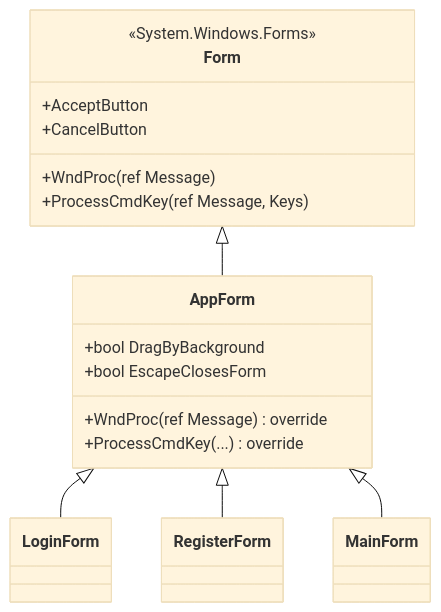
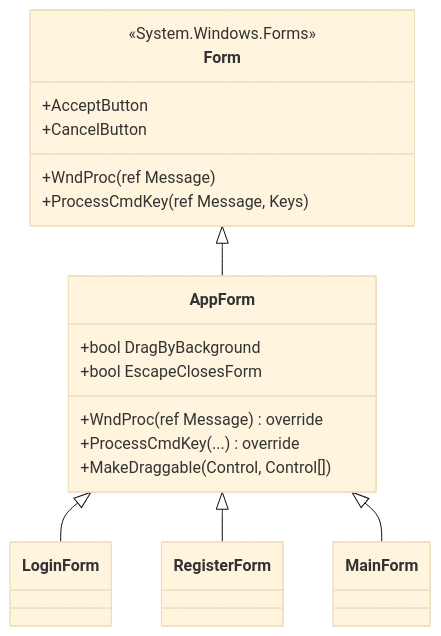
One commit to vielang/dotnet-framework-admin changed the fifth of 5 diagrams in docs/11-wndproc-va-win32.md. Above: the diagram before and after it, drawn with Mermaid (base theme). The commit also changed other lines of this file and 6 other files, not shown here.

````diff
--- a/docs/11-wndproc-va-win32.md
+++ b/docs/11-wndproc-va-win32.md
@@ -178,24 +252,25 @@
 ```mermaid
 classDiagram
     class Form {
         <<System.Windows.Forms>>
         +WndProc(ref Message)
         +ProcessCmdKey(ref Message, Keys)
         +AcceptButton
         +CancelButton
     }
     class AppForm {
         +bool DragByBackground
         +bool EscapeClosesForm
         +WndProc(ref Message) override
         +ProcessCmdKey(...) override
+        +MakeDraggable(Control, Control[])
     }
     class LoginForm
     class RegisterForm
     class MainForm
 
     Form <|-- AppForm
     AppForm <|-- LoginForm
     AppForm <|-- RegisterForm
     AppForm <|-- MainForm
 ```
````
